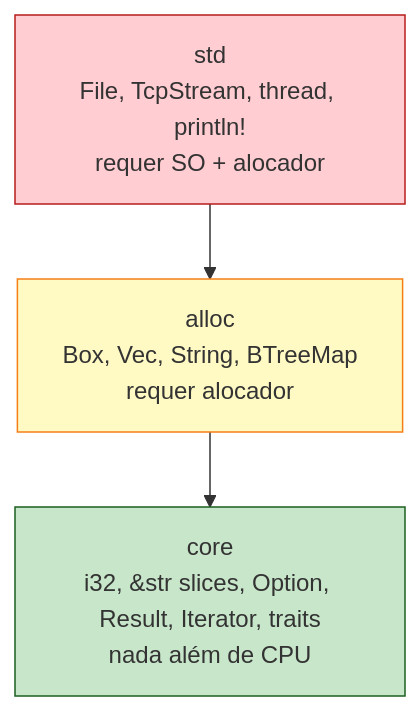
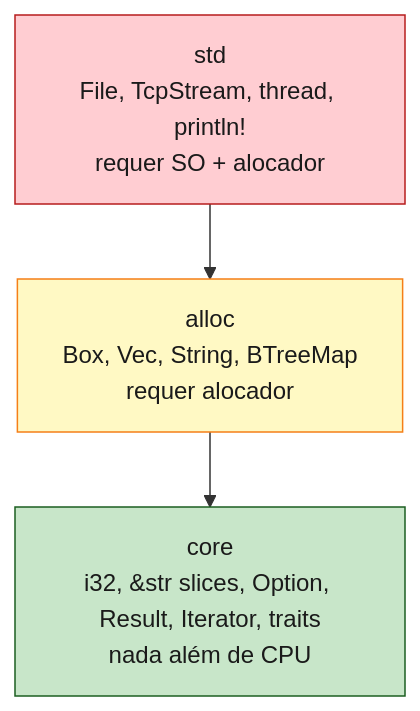
Before and after one commit to Felipeness/ferro-e-espirito: the diagram in book/part-20-frontiers/ch57-embedded-no-std.md, drawn with Mermaid. The commit also changed 56 other files, not shown here.

First line of the commit message:
fix: contraste de texto em diagramas mermaid

````diff
--- a/book/part-20-frontiers/ch57-embedded-no-std.md
+++ b/book/part-20-frontiers/ch57-embedded-no-std.md
@@ -42,13 +42,13 @@
 ```mermaid
 graph TB
     Std["std<br/>File, TcpStream, thread, println!<br/>requer SO + alocador"]
     Alloc["alloc<br/>Box, Vec, String, BTreeMap<br/>requer alocador"]
     Core["core<br/>i32, &str slices, Option, Result, Iterator, traits<br/>nada além de CPU"]
 
     Std --> Alloc
     Alloc --> Core
 
-    style Core fill:#c8e6c9,stroke:#1b5e20
-    style Alloc fill:#fff9c4,stroke:#f57f17
-    style Std fill:#ffcdd2,stroke:#b71c1c
+    style Core fill:#c8e6c9,stroke:#1b5e20,color:#1a1a1a
+    style Alloc fill:#fff9c4,stroke:#f57f17,color:#1a1a1a
+    style Std fill:#ffcdd2,stroke:#b71c1c,color:#1a1a1a
 ```
````
